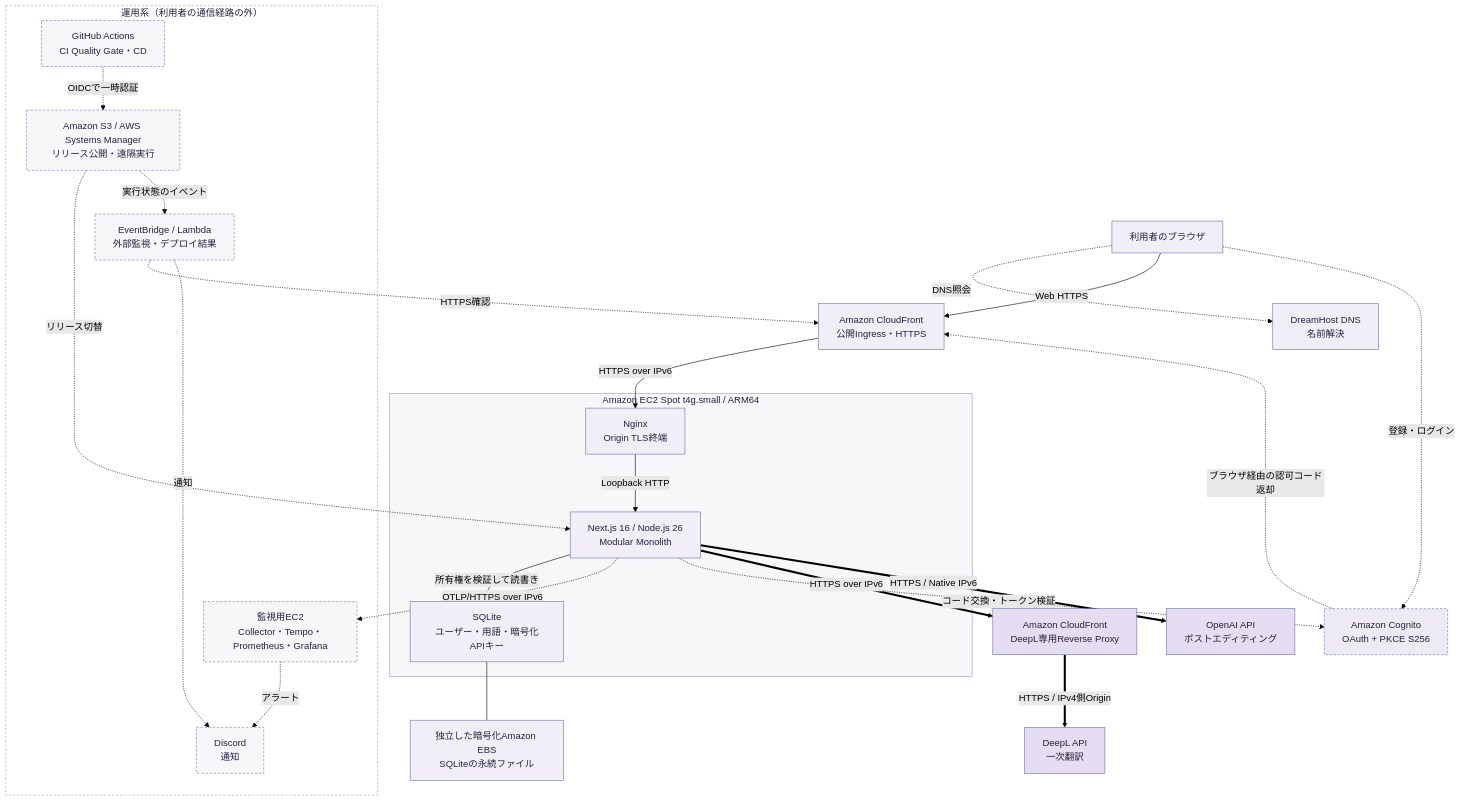
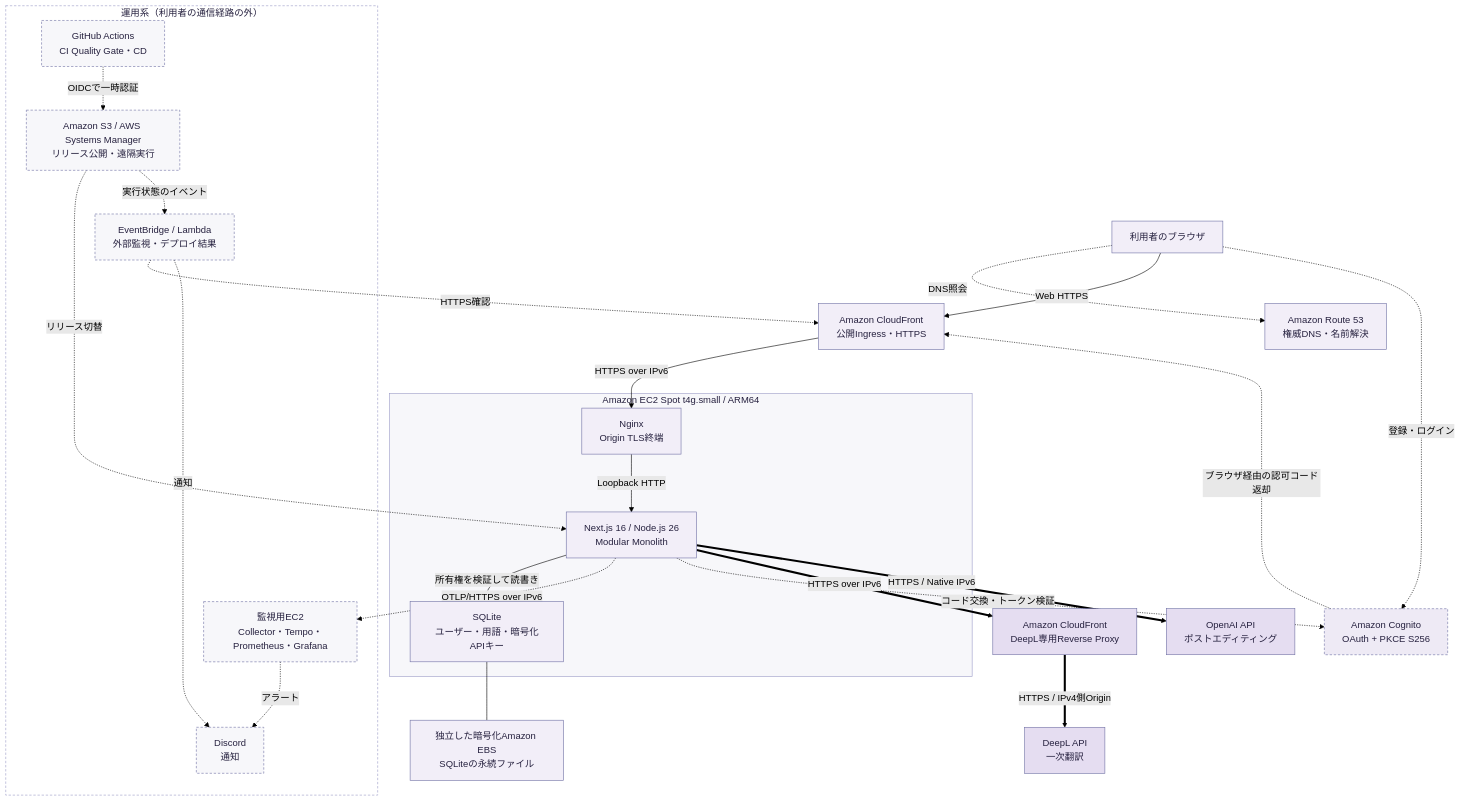
One commit to 1716964609/GMSv5 changed the first of 3 diagrams in README.ja.md. Above: the diagram before and after it, drawn with Mermaid (forest theme). The commit also changed other lines of this file and 15 other files, not shown here.

````diff
--- a/README.ja.md
+++ b/README.ja.md
@@ -54,58 +55,58 @@
 ```mermaid
 flowchart TB
     B["利用者のブラウザ"]
-    DNS["DreamHost DNS<br/>名前解決"]
+    DNS["Amazon Route 53<br/>権威DNS・名前解決"]
     IN["Amazon CloudFront<br/>公開Ingress・HTTPS"]
     AUTH["Amazon Cognito<br/>OAuth + PKCE S256"]
 
     subgraph EC2["Amazon EC2 Spot t4g.small / ARM64"]
         NG["Nginx<br/>Origin TLS終端"]
         APP["Next.js 16 / Node.js 26<br/>Modular Monolith"]
         DB["SQLite<br/>ユーザー・用語・暗号化APIキー"]
         NG -->|Loopback HTTP| APP
         APP -->|所有権を検証して読書き| DB
     end
 
     EBS["独立した暗号化Amazon EBS<br/>SQLiteの永続ファイル"]
     PROXY["Amazon CloudFront<br/>DeepL専用Reverse Proxy"]
     DEEPL["DeepL API<br/>一次翻訳"]
     OPENAI["OpenAI API<br/>ポストエディティング"]
 
     subgraph OPS["運用系（利用者の通信経路の外）"]
         GHA["GitHub Actions<br/>CI Quality Gate・CD"]
         REL["Amazon S3 / AWS Systems Manager<br/>リリース公開・遠隔実行"]
         OBS["監視用EC2<br/>Collector・Tempo・Prometheus・Grafana"]
         MON["EventBridge / Lambda<br/>外部監視・デプロイ結果"]
         DISCORD["Discord<br/>通知"]
     end
 
     GHA -.->|OIDCで一時認証| REL
     REL -.->|リリース切替| APP
     APP -.->|OTLP/HTTPS over IPv6| OBS
     MON -.->|HTTPS確認| IN
     REL -.->|実行状態のイベント| MON
     OBS -.->|アラート| DISCORD
     MON -.->|通知| DISCORD
 
     B -.->|DNS照会| DNS
     B -->|Web HTTPS| IN
     IN -->|HTTPS over IPv6| NG
     B -.->|登録・ログイン| AUTH
     AUTH -.->|ブラウザ経由の認可コード返却| IN
     APP -.->|コード交換・トークン検証| AUTH
     DB --- EBS
     APP ==>|HTTPS over IPv6| PROXY
     PROXY ==>|HTTPS / IPv4側Origin| DEEPL
     APP ==>|HTTPS / Native IPv6| OPENAI
 
     classDef core fill:#F2EEF8,stroke:#6F70A4,color:#26213F;
     classDef auth fill:#EEEAF5,stroke:#6F70A4,color:#26213F,stroke-dasharray:4 3;
     classDef external fill:#E5DDF1,stroke:#6F70A4,color:#26213F;
     classDef ops fill:#F7F7FA,stroke:#6F70A4,color:#26213F,stroke-dasharray:4 3;
     class B,DNS,IN,NG,APP,DB,EBS core;
     class AUTH auth;
     class PROXY,DEEPL,OPENAI external;
     class GHA,REL,OBS,MON,DISCORD ops;
     style EC2 fill:#F7F7FA,stroke:#9B9BC7,color:#26213F;
     style OPS fill:#FFFFFF,stroke:#9B9BC7,color:#26213F,stroke-dasharray:4 3;
 ```
````
